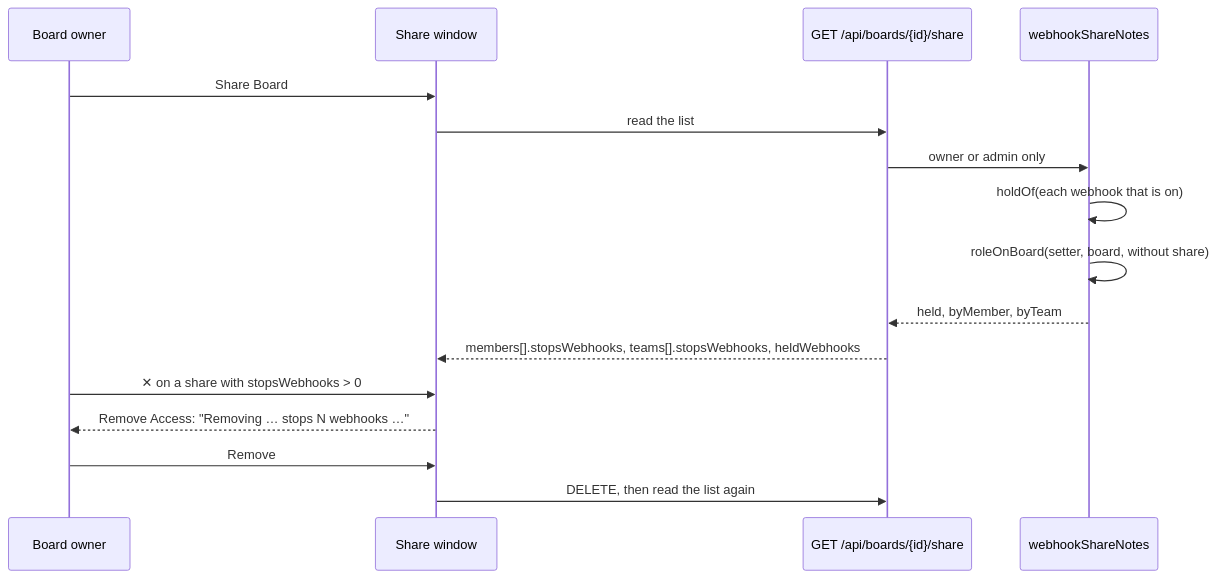
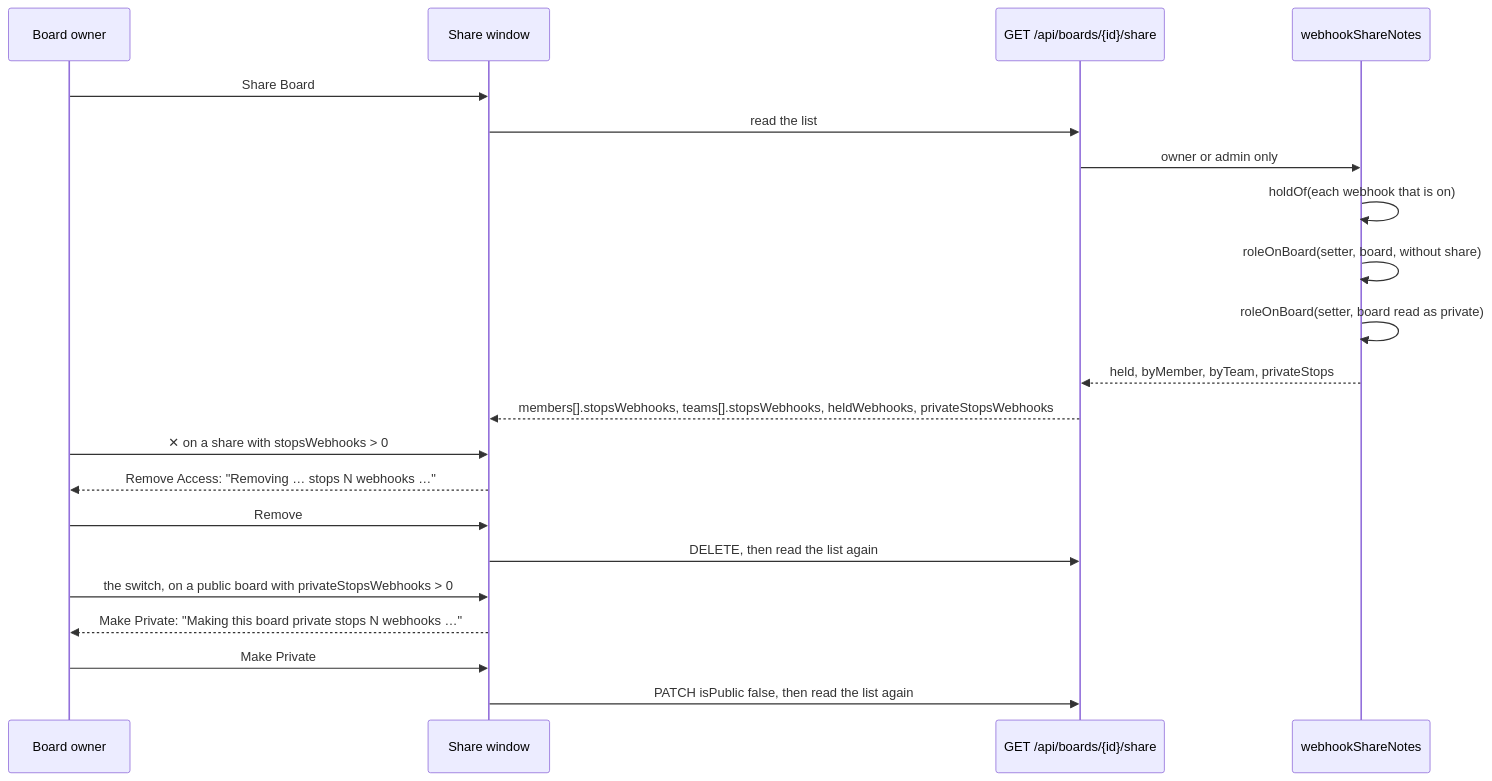
Before and after one commit to gitBoon/DumpFire: diagram 22 of 24 in docs/notifications-email.md, drawn with Mermaid. The commit also changed other lines of this file and 22 other files, not shown here.

````diff
--- a/docs/notifications-email.md
+++ b/docs/notifications-email.md
@@ -1654,18 +1668,23 @@
 ```mermaid
 sequenceDiagram
     participant O as Board owner
     participant W as Share window
     participant R as GET /api/boards/{id}/share
     participant N as webhookShareNotes
     O->>W: Share Board
     W->>R: read the list
     R->>N: owner or admin only
     N->>N: holdOf(each webhook that is on)
     N->>N: roleOnBoard(setter, board, without share)
-    N-->>R: held, byMember, byTeam
-    R-->>W: members[].stopsWebhooks, teams[].stopsWebhooks, heldWebhooks
+    N->>N: roleOnBoard(setter, board read as private)
+    N-->>R: held, byMember, byTeam, privateStops
+    R-->>W: members[].stopsWebhooks, teams[].stopsWebhooks, heldWebhooks, privateStopsWebhooks
     O->>W: ✕ on a share with stopsWebhooks > 0
     W-->>O: Remove Access: "Removing … stops N webhooks …"
     O->>W: Remove
     W->>R: DELETE, then read the list again
+    O->>W: the switch, on a public board with privateStopsWebhooks > 0
+    W-->>O: Make Private: "Making this board private stops N webhooks …"
+    O->>W: Make Private
+    W->>R: PATCH isPublic false, then read the list again
 ```
````
